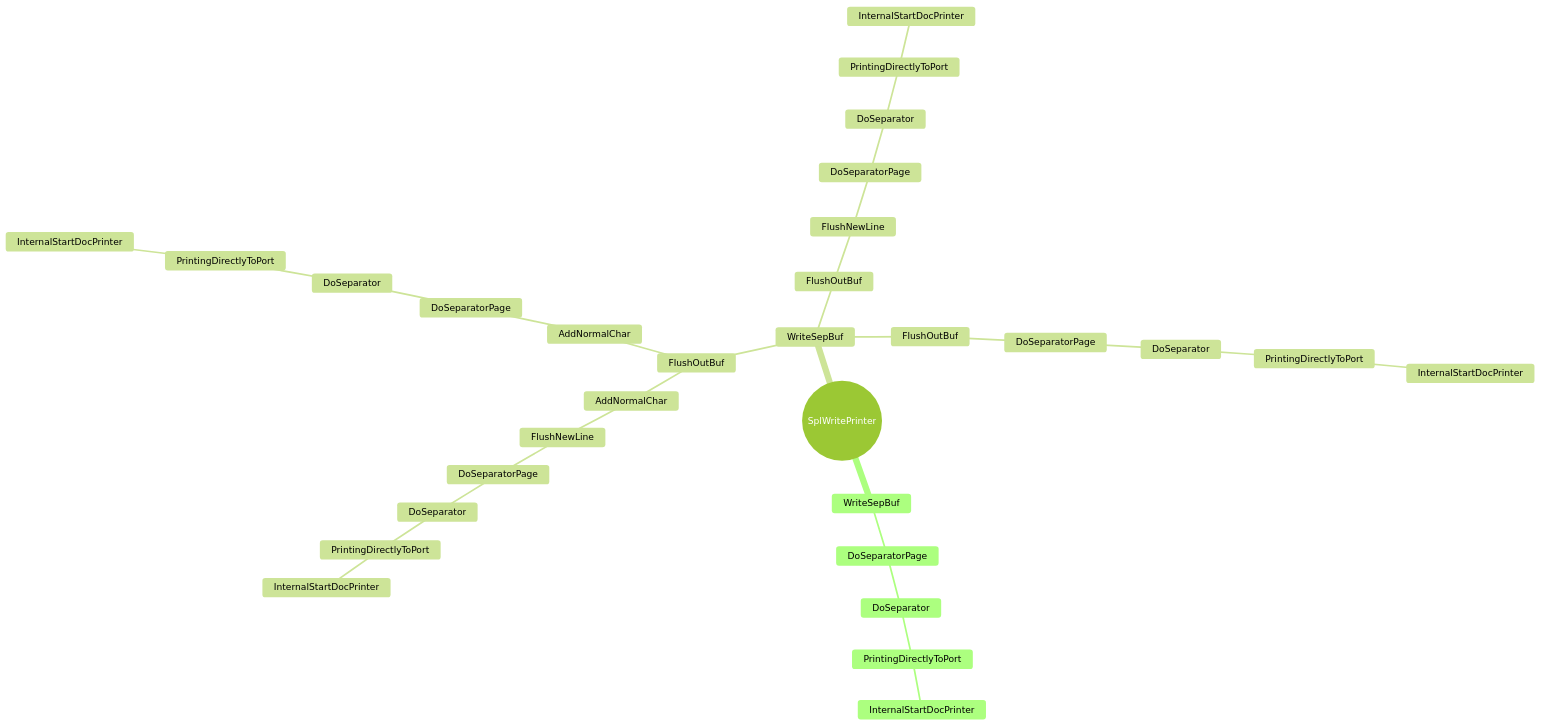
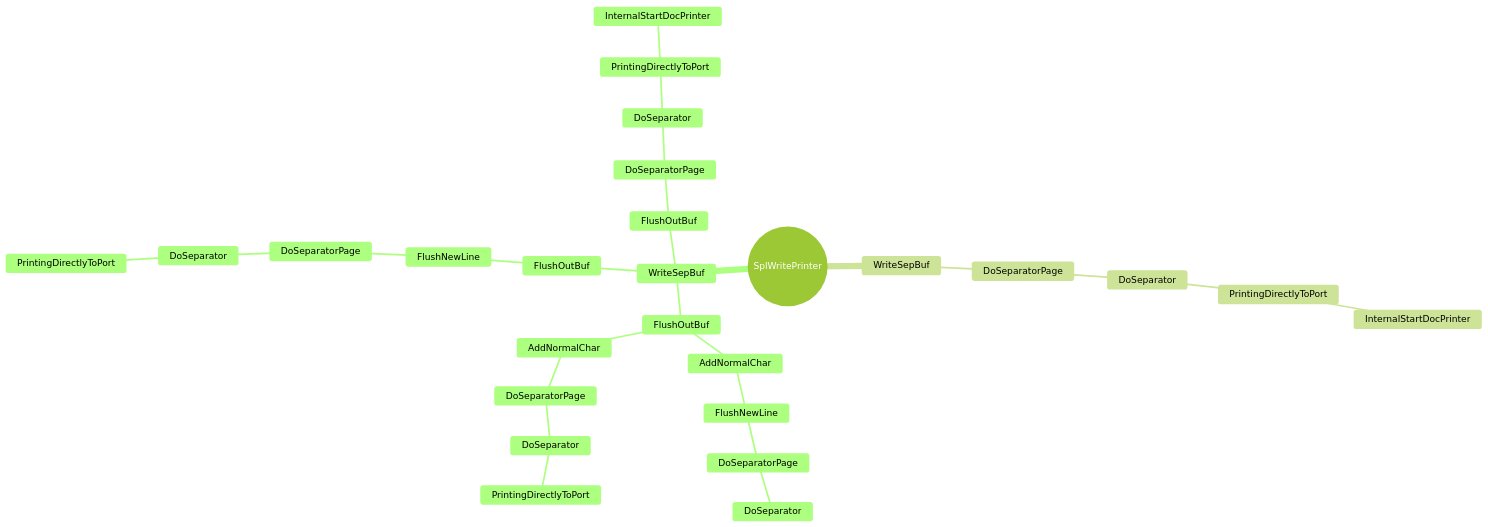
Before and after one commit to clearbluejar/ghidra-pyhidra-callgraphs: the first of 2 diagrams in .callgraphs/localspl.dll.x64.10.0.22000.376/SplWritePrinter.mind.md, drawn with Mermaid (forest theme). The commit also changed other lines of this file and 15 other files, not shown here.

Commit message:
update with mermaid live links

````diff
--- a/.callgraphs/localspl.dll.x64.10.0.22000.376/SplWritePrinter.mind.md
+++ b/.callgraphs/localspl.dll.x64.10.0.22000.376/SplWritePrinter.mind.md
@@ -1,34 +1,30 @@
 ```mermaid
 mindmap
 root((SplWritePrinter))
-      WriteSepBuf
-        DoSeparatorPage
-          DoSeparator
-            PrintingDirectlyToPort
-              InternalStartDocPrinter
       WriteSepBuf
         FlushOutBuf
           AddNormalChar
             FlushNewLine
               DoSeparatorPage
                 DoSeparator
-                  PrintingDirectlyToPort
-                    InternalStartDocPrinter
           AddNormalChar
             DoSeparatorPage
               DoSeparator
                 PrintingDirectlyToPort
-                  InternalStartDocPrinter
         FlushOutBuf
           FlushNewLine
             DoSeparatorPage
               DoSeparator
                 PrintingDirectlyToPort
-                  InternalStartDocPrinter
         FlushOutBuf
           DoSeparatorPage
             DoSeparator
               PrintingDirectlyToPort
                 InternalStartDocPrinter
+      WriteSepBuf
+        DoSeparatorPage
+          DoSeparator
+            PrintingDirectlyToPort
+              InternalStartDocPrinter
 
 ```
````
